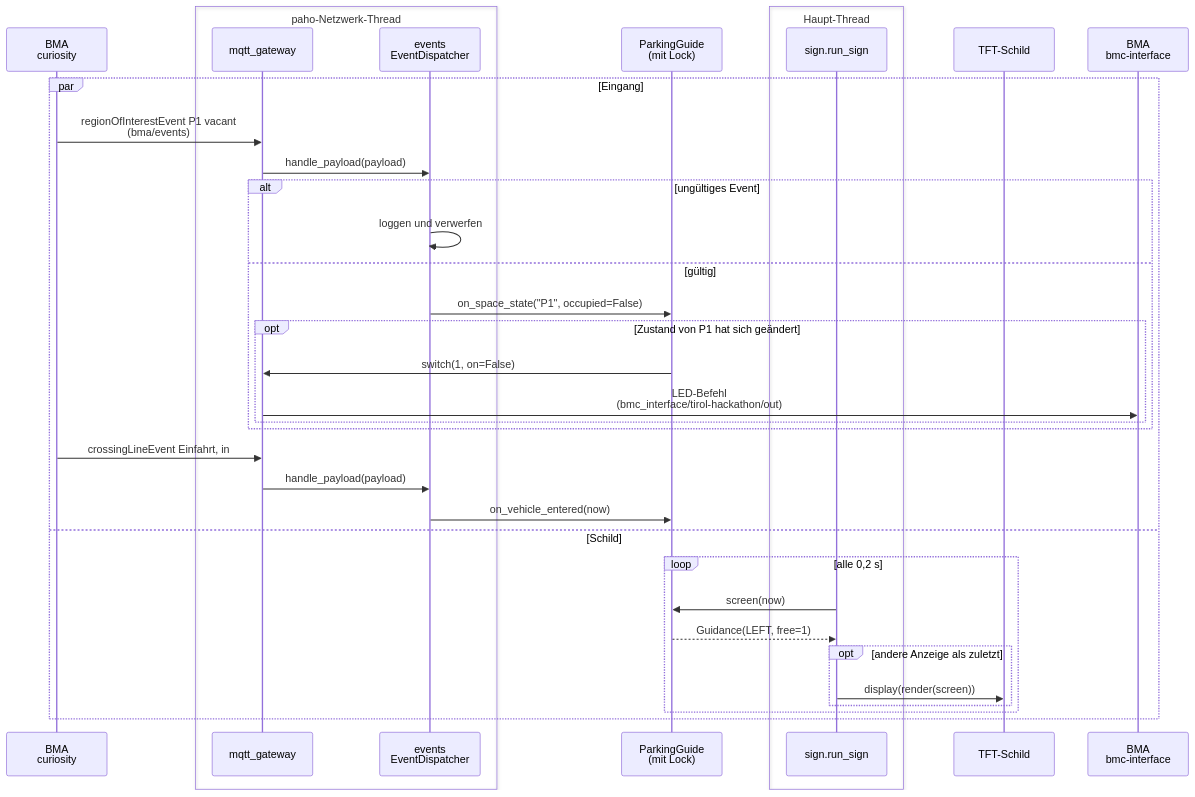
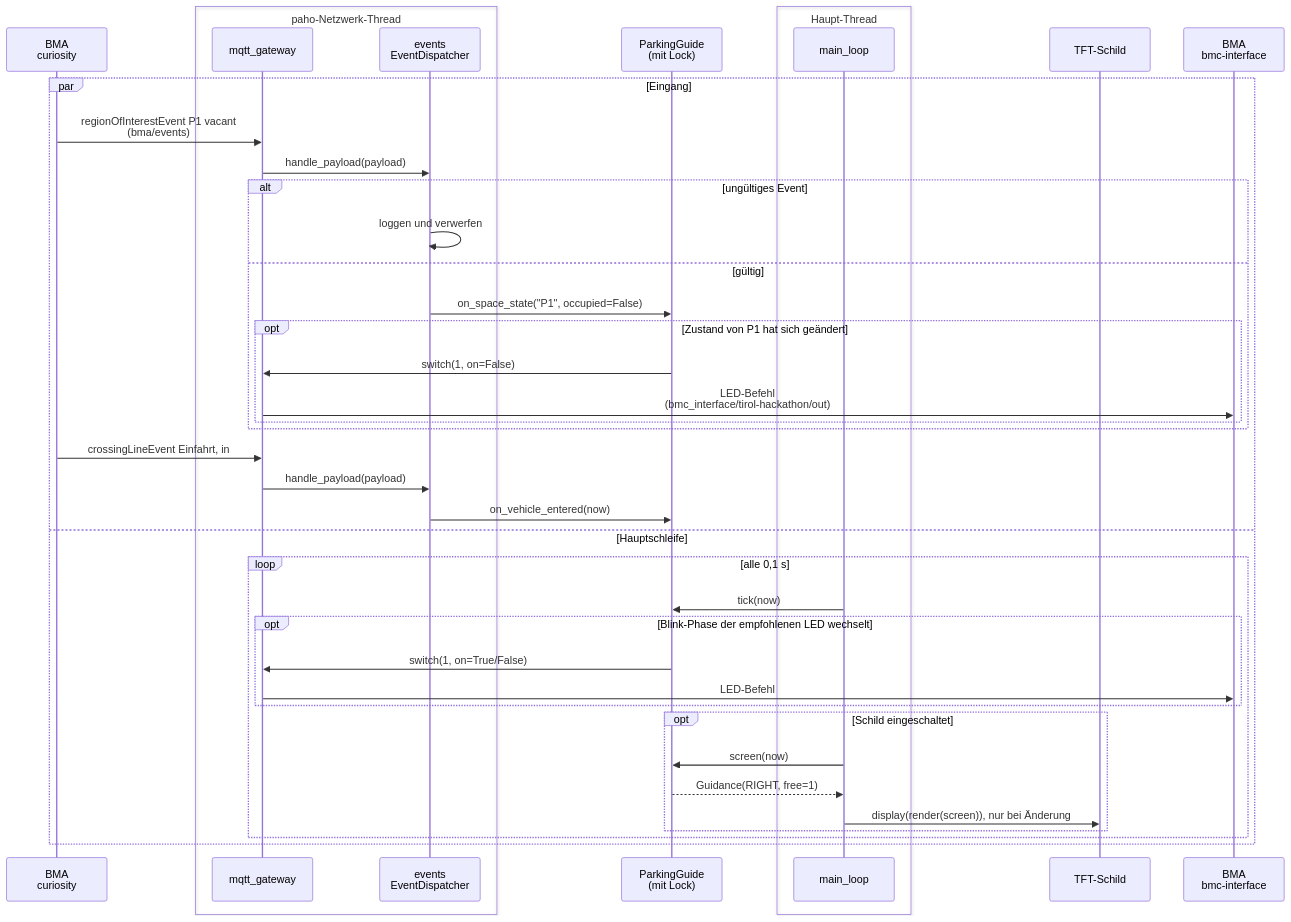
The second of 2 diagrams in Musterloesung/README.md (skorgis/Bernard), drawn with Mermaid before and after one commit. The commit also changed other lines of this file and 16 other files, not shown here.

Commit message:
feature: blink recommended space LED and run solution in Docker on the Pi

````diff
--- a/Musterloesung/README.md
+++ b/Musterloesung/README.md
@@ -245,39 +258,44 @@
 ```mermaid
 sequenceDiagram
     participant BMA as BMA<br/>curiosity
     box paho-Netzwerk-Thread
         participant GW as mqtt_gateway
         participant EV as events<br/>EventDispatcher
     end
     participant G as ParkingGuide<br/>(mit Lock)
     box Haupt-Thread
-        participant S as sign.run_sign
+        participant S as main_loop
     end
     participant TFT as TFT-Schild
     participant BMC as BMA<br/>bmc-interface
 
     par Eingang
         BMA->>GW: regionOfInterestEvent P1 vacant<br/>(bma/events)
         GW->>EV: handle_payload(payload)
         alt ungültiges Event
             EV->>EV: loggen und verwerfen
         else gültig
             EV->>G: on_space_state("P1", occupied=False)
             opt Zustand von P1 hat sich geändert
                 G->>GW: switch(1, on=False)
                 GW->>BMC: LED-Befehl<br/>(bmc_interface/tirol-hackathon/out)
             end
         end
         BMA->>GW: crossingLineEvent Einfahrt, in
         GW->>EV: handle_payload(payload)
         EV->>G: on_vehicle_entered(now)
-    and Schild
-        loop alle 0,2 s
-            S->>G: screen(now)
-            G-->>S: Guidance(LEFT, free=1)
-            opt andere Anzeige als zuletzt
-                S->>TFT: display(render(screen))
+    and Hauptschleife
+        loop alle 0,1 s
+            S->>G: tick(now)
+            opt Blink-Phase der empfohlenen LED wechselt
+                G->>GW: switch(1, on=True/False)
+                GW->>BMC: LED-Befehl
+            end
+            opt Schild eingeschaltet
+                S->>G: screen(now)
+                G-->>S: Guidance(RIGHT, free=1)
+                S->>TFT: display(render(screen)), nur bei Änderung
             end
         end
     end
 ```
````
